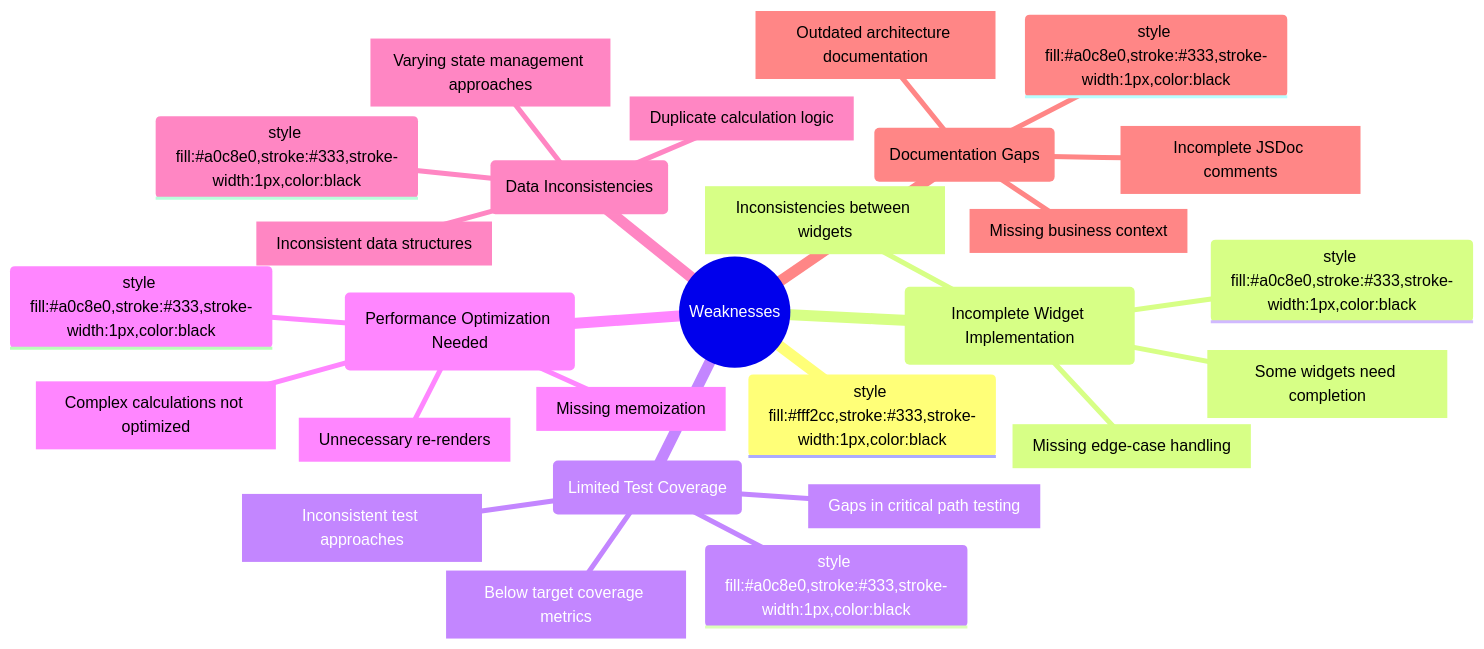
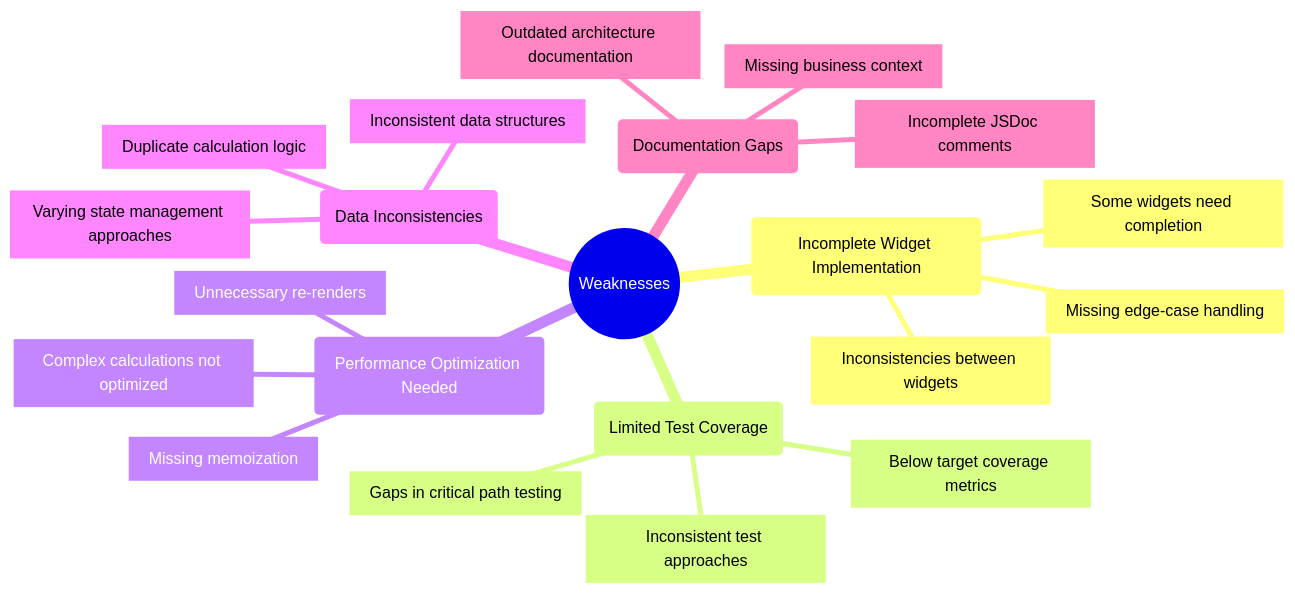
Before and after one commit to Hack23/cia-compliance-manager: the fourth of 6 diagrams in docs/architecture/SWOT.md, drawn with Mermaid. The commit also changed other lines of this file, not shown here.

````diff
--- a/docs/architecture/SWOT.md
+++ b/docs/architecture/SWOT.md
@@ -156,30 +156,24 @@
 ```mermaid
 mindmap
   root((Weaknesses))
-    style fill:#fff2cc,stroke:#333,stroke-width:1px,color:black
     id1(Incomplete Widget Implementation)
-      style fill:#a0c8e0,stroke:#333,stroke-width:1px,color:black
       id1.1[Some widgets need completion]
       id1.2[Missing edge-case handling]
       id1.3[Inconsistencies between widgets]
     id2(Limited Test Coverage)
-      style fill:#a0c8e0,stroke:#333,stroke-width:1px,color:black
       id2.1[Below target coverage metrics]
       id2.2[Inconsistent test approaches]
       id2.3[Gaps in critical path testing]
     id3(Performance Optimization Needed)
-      style fill:#a0c8e0,stroke:#333,stroke-width:1px,color:black
       id3.1[Unnecessary re-renders]
       id3.2[Missing memoization]
       id3.3[Complex calculations not optimized]
     id4(Data Inconsistencies)
-      style fill:#a0c8e0,stroke:#333,stroke-width:1px,color:black
       id4.1[Inconsistent data structures]
       id4.2[Duplicate calculation logic]
       id4.3[Varying state management approaches]
     id5(Documentation Gaps)
-      style fill:#a0c8e0,stroke:#333,stroke-width:1px,color:black
       id5.1[Incomplete JSDoc comments]
       id5.2[Missing business context]
       id5.3[Outdated architecture documentation]
 ```
````
